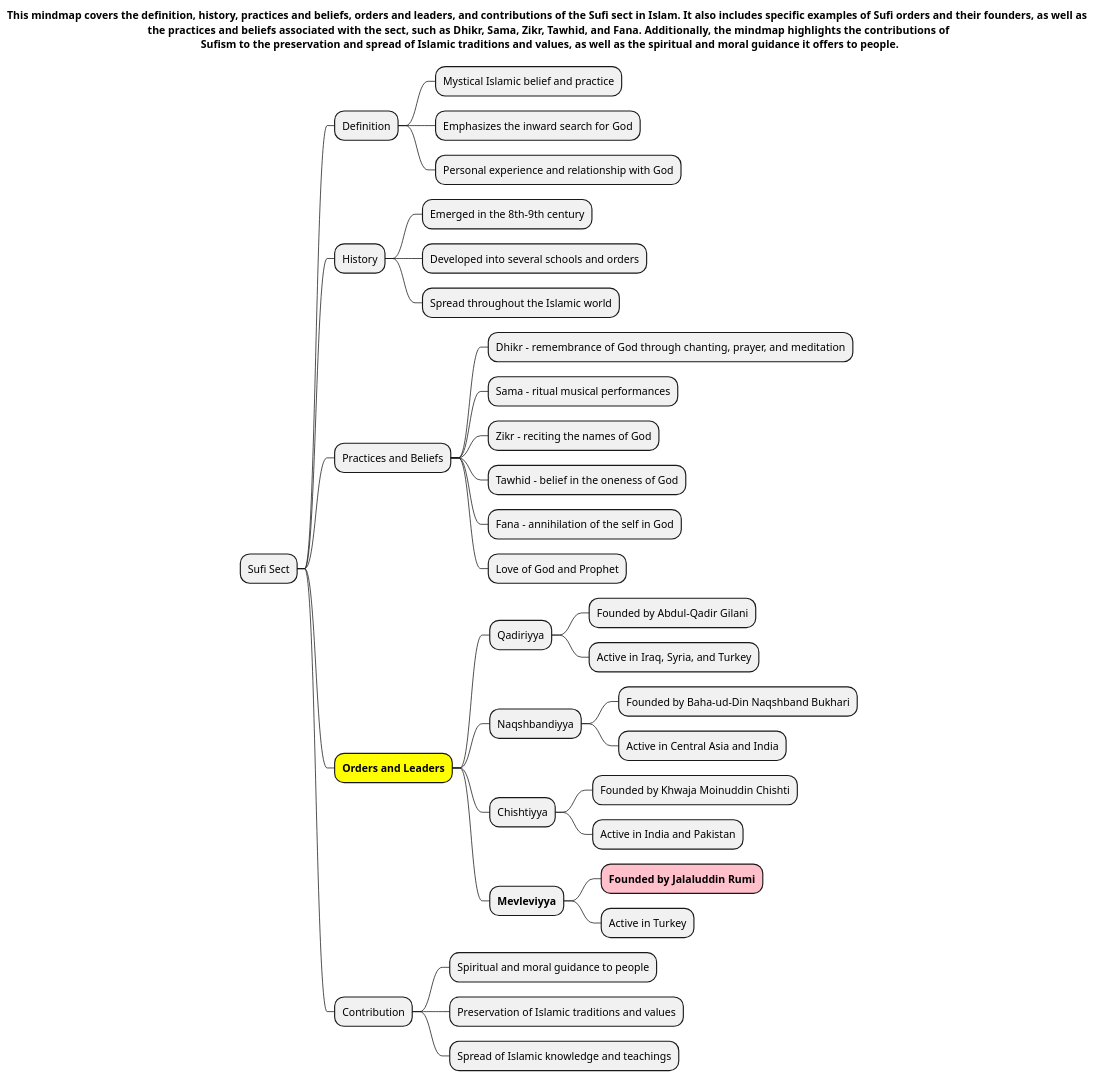
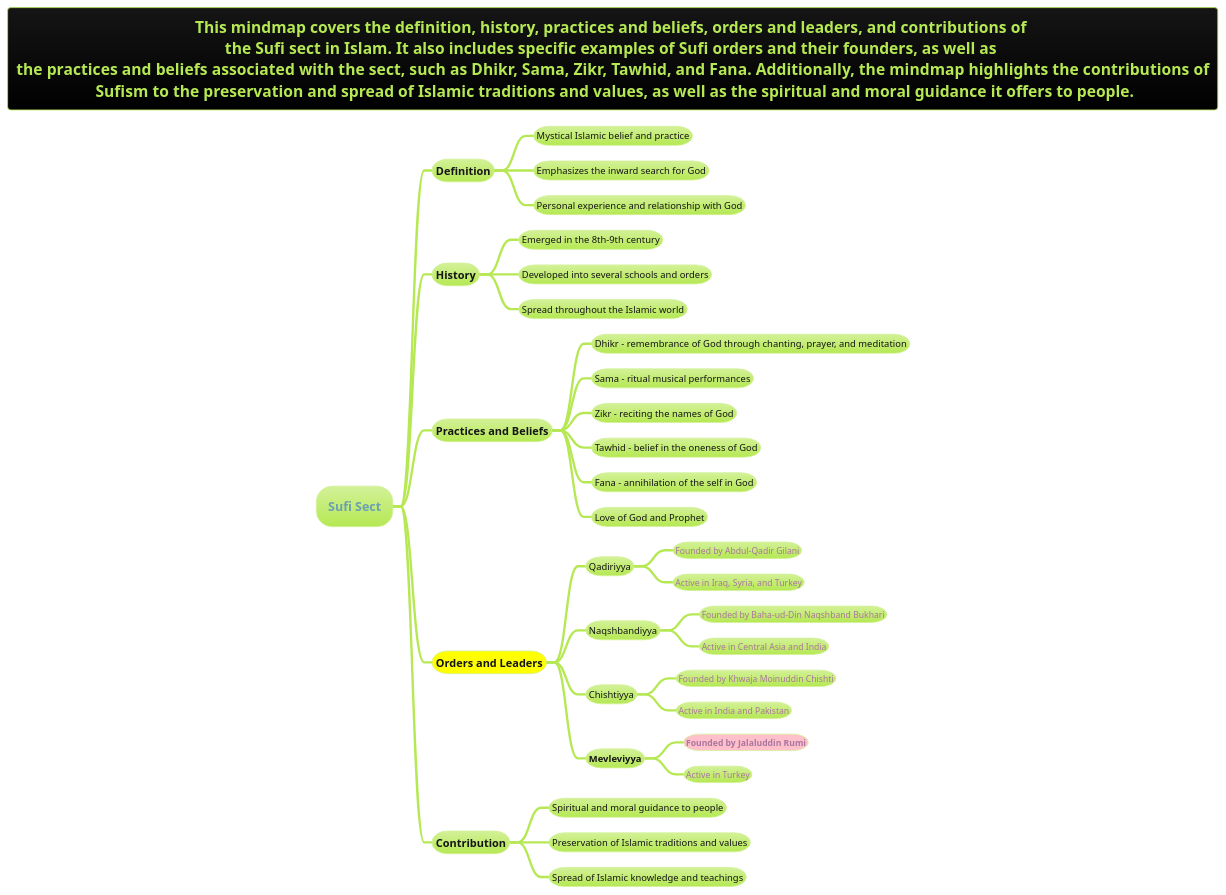
Before and after one commit to MehmoodHashmi/Documentation-as-Code-DaC: the diagram in docs/books/islam/sects/Sufi-Sect.puml, drawn with PlantUML. The commit also changed 13 other files, not shown here.

```diff
--- a/docs/books/islam/sects/Sufi-Sect.puml
+++ b/docs/books/islam/sects/Sufi-Sect.puml
@@ -1,41 +1,40 @@
 @startmindmap
-title This mindmap covers the definition, history, practices and beliefs, orders and leaders, and contributions of the Sufi sect in Islam. It also includes specific examples of Sufi orders and their founders, as well as \nthe practices and beliefs associated with the sect, such as Dhikr, Sama, Zikr, Tawhid, and Fana. Additionally, the mindmap highlights the contributions of\n Sufism to the preservation and spread of Islamic traditions and values, as well as the spiritual and moral guidance it offers to people.
 
-
-
+!theme hacker
+title This mindmap covers the definition, history, practices and beliefs, orders and leaders, and contributions of \nthe Sufi sect in Islam. It also includes specific examples of Sufi orders and their founders, as well as \nthe practices and beliefs associated with the sect, such as Dhikr, Sama, Zikr, Tawhid, and Fana. Additionally, the mindmap highlights the contributions of\n Sufism to the preservation and spread of Islamic traditions and values, as well as the spiritual and moral guidance it offers to people.
 
 
 * Sufi Sect
 ** Definition
 *** Mystical Islamic belief and practice
 *** Emphasizes the inward search for God
 *** Personal experience and relationship with God
 ** History
 *** Emerged in the 8th-9th century
 *** Developed into several schools and orders
 *** Spread throughout the Islamic world
 ** Practices and Beliefs
 *** Dhikr - remembrance of God through chanting, prayer, and meditation
 *** Sama - ritual musical performances
 *** Zikr - reciting the names of God
 *** Tawhid - belief in the oneness of God
 *** Fana - annihilation of the self in God
 *** Love of God and Prophet
 **[#yellow] **Orders and Leaders**
 *** Qadiriyya
 **** Founded by Abdul-Qadir Gilani
 **** Active in Iraq, Syria, and Turkey
 *** Naqshbandiyya
 **** Founded by Baha-ud-Din Naqshband Bukhari
 **** Active in Central Asia and India
 *** Chishtiyya
 **** Founded by Khwaja Moinuddin Chishti
 **** Active in India and Pakistan
 *** **Mevleviyya**
 ****[#pink] **Founded by Jalaluddin Rumi**
 **** Active in Turkey
 ** Contribution
 *** Spiritual and moral guidance to people
 *** Preservation of Islamic traditions and values
 *** Spread of Islamic knowledge and teachings
 @endmindmap
```
